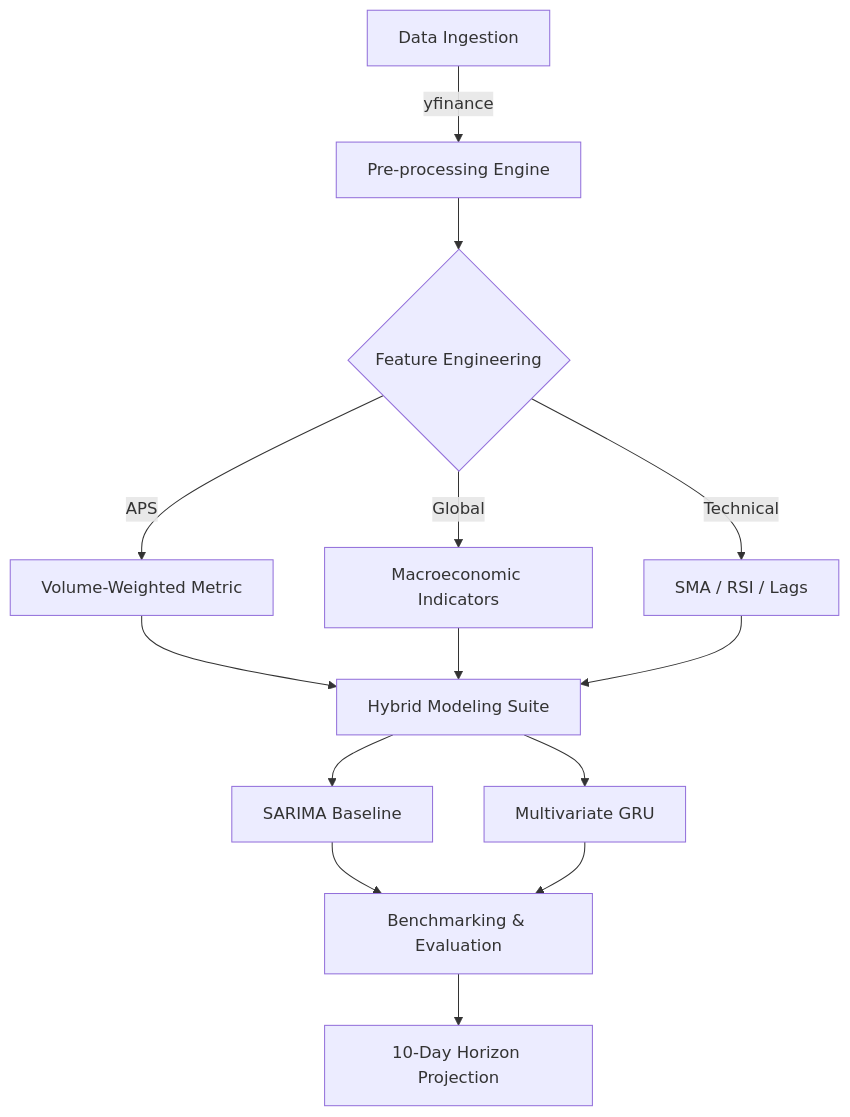
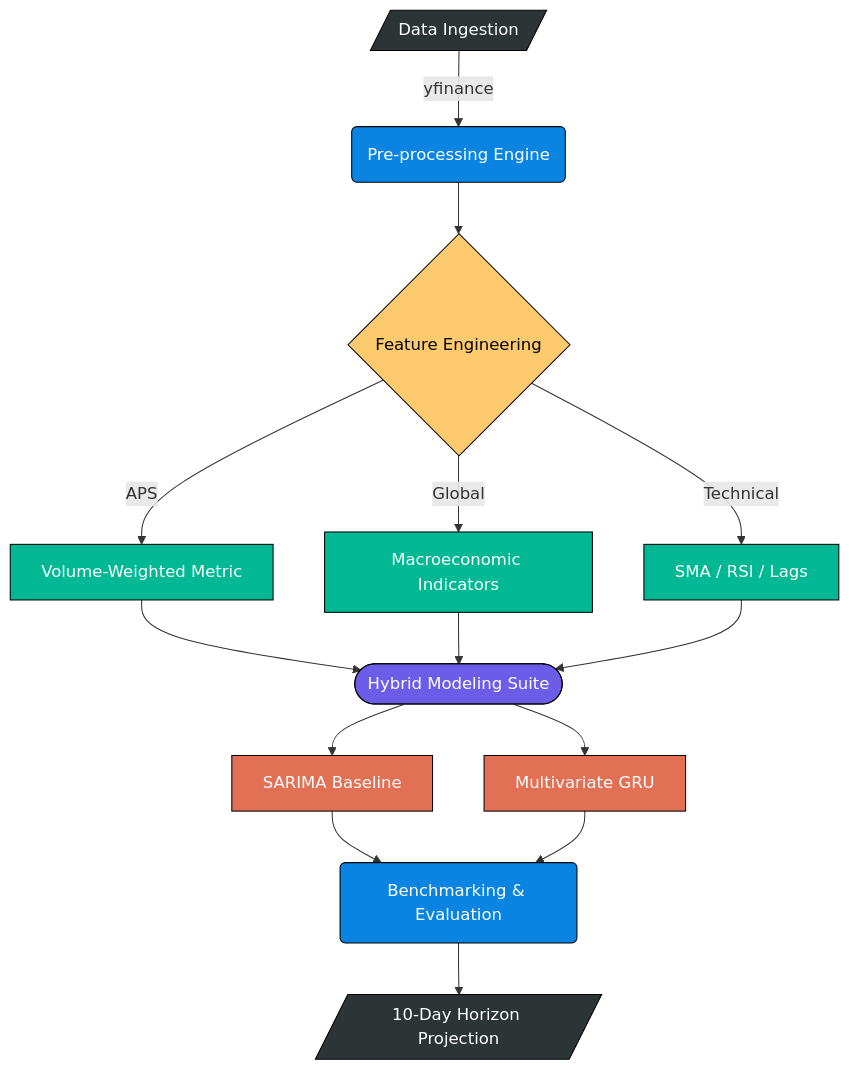
One commit to aniketqxp/stock-timeseries-prediction changed the diagram in README.md. Above: the diagram before and after it, drawn with Mermaid.

Commit message:
docs: apply strategic styling and node shape variation to system flowchart

````diff
--- a/README.md
+++ b/README.md
@@ -11,13 +11,26 @@
 ```mermaid
 graph TD
-    A[Data Ingestion] -->|yfinance| B[Pre-processing Engine]
+    A[/Data Ingestion/] -->|yfinance| B(Pre-processing Engine)
     B --> C{Feature Engineering}
     C -->|APS| D[Volume-Weighted Metric]
     C -->|Global| E[Macroeconomic Indicators]
     C -->|Technical| F[SMA / RSI / Lags]
-    D & E & F --> G[Hybrid Modeling Suite]
+    D & E & F --> G([Hybrid Modeling Suite])
     G --> H[SARIMA Baseline]
     G --> I[Multivariate GRU]
-    H & I --> J[Benchmarking & Evaluation]
-    J --> K[10-Day Horizon Projection]
+    H & I --> J(Benchmarking & Evaluation)
+    J --> K[/10-Day Horizon Projection/]
+
+    %% Styling
+    style A fill:#2d3436,stroke:#000,color:#fff
+    style B fill:#0984e3,stroke:#000,color:#fff
+    style C fill:#fdcb6e,stroke:#000,color:#000
+    style D fill:#00b894,stroke:#000,color:#fff
+    style E fill:#00b894,stroke:#000,color:#fff
+    style F fill:#00b894,stroke:#000,color:#fff
+    style G fill:#6c5ce7,stroke:#000,color:#fff
+    style H fill:#e17055,stroke:#000,color:#fff
+    style I fill:#e17055,stroke:#000,color:#fff
+    style J fill:#0984e3,stroke:#000,color:#fff
+    style K fill:#2d3436,stroke:#000,color:#fff
 ```
````
